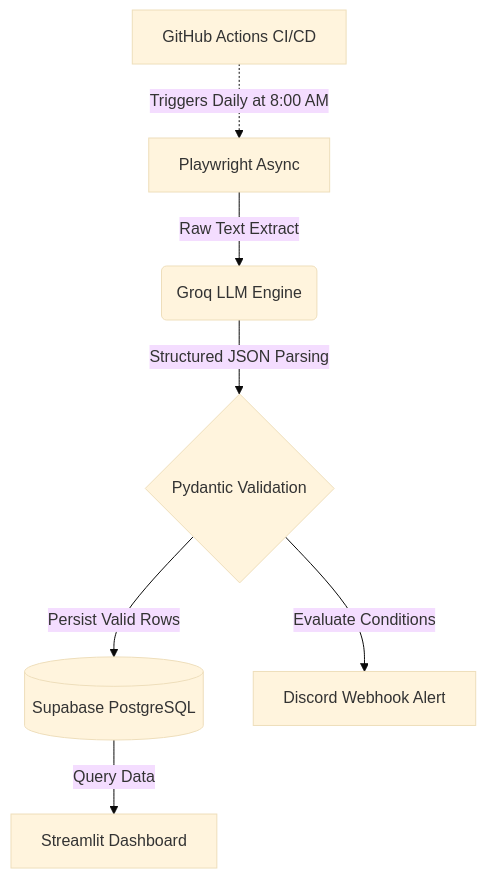
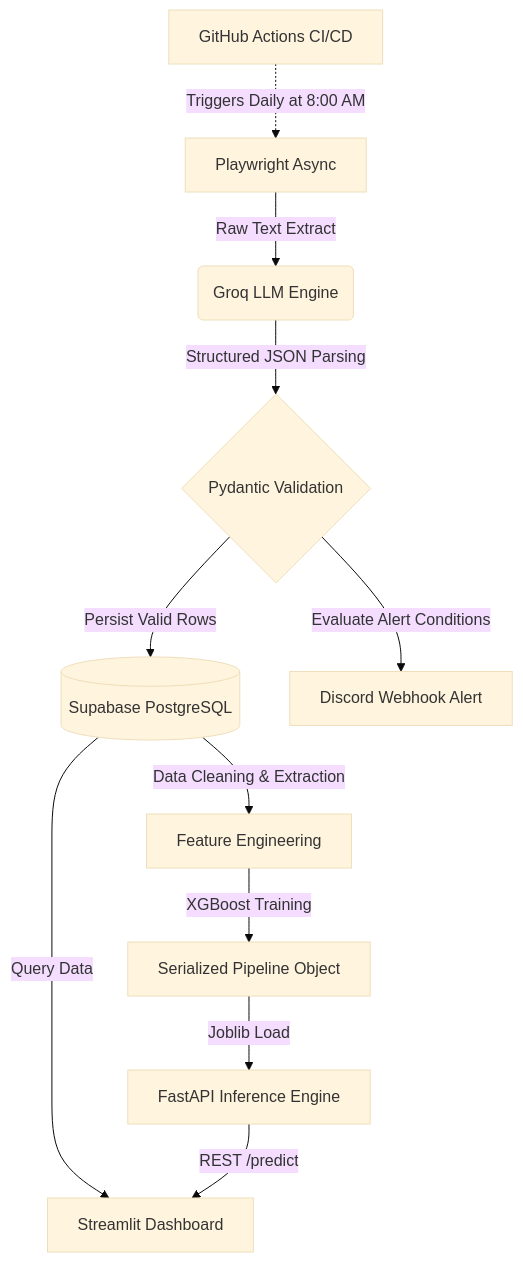
One commit to BenniKensei/TM_rents_extraction_agent changed the diagram in README.md. Above: the diagram before and after it, drawn with Mermaid (base theme). The commit also changed other lines of this file and 9 other files, not shown here.

Commit message:
docs: Document ML architecture and FastAPI integration

````diff
--- a/README.md
+++ b/README.md
@@ -15,9 +17,13 @@
 ```mermaid
 graph TD
     A[Playwright Async] -->|Raw Text Extract| B(Groq LLM Engine)
     B -->|Structured JSON Parsing| C{Pydantic Validation}
     C -->|Persist Valid Rows| D[(Supabase PostgreSQL)]
-    D -->|Query Data| E[Streamlit Dashboard]
-    C -->|Evaluate Conditions| F[Discord Webhook Alert]
-    G[GitHub Actions CI/CD] -.->|Triggers Daily at 8:00 AM| A
+    D -->|Data Cleaning & Extraction| E[Feature Engineering]
+    E -->|XGBoost Training| F[Serialized Pipeline Object]
+    F -->|Joblib Load| G[FastAPI Inference Engine]
+    D -->|Query Data| H[Streamlit Dashboard]
+    G -->|REST /predict| H
+    C -->|Evaluate Alert Conditions| I[Discord Webhook Alert]
+    J[GitHub Actions CI/CD] -.->|Triggers Daily at 8:00 AM| A
 ```
````
